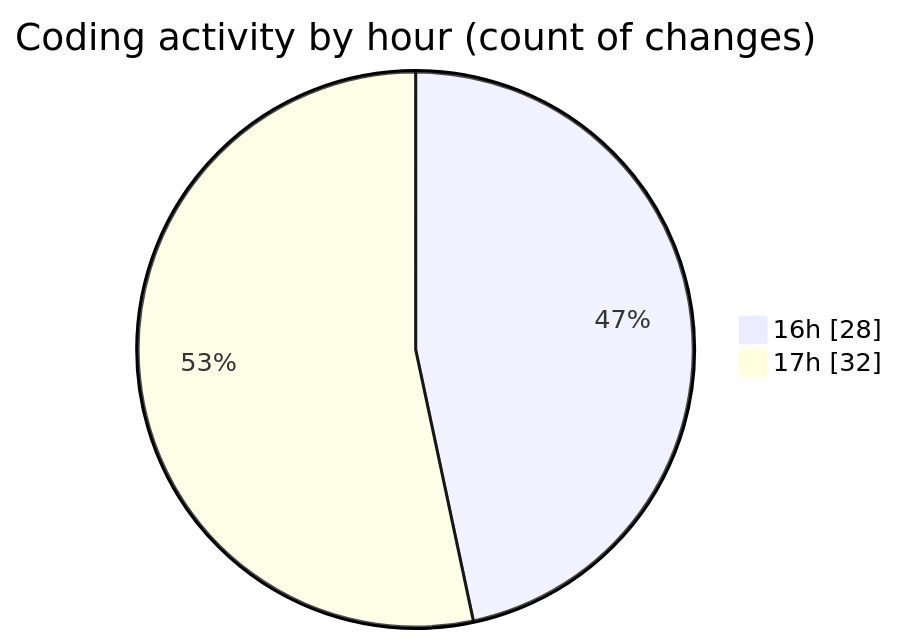
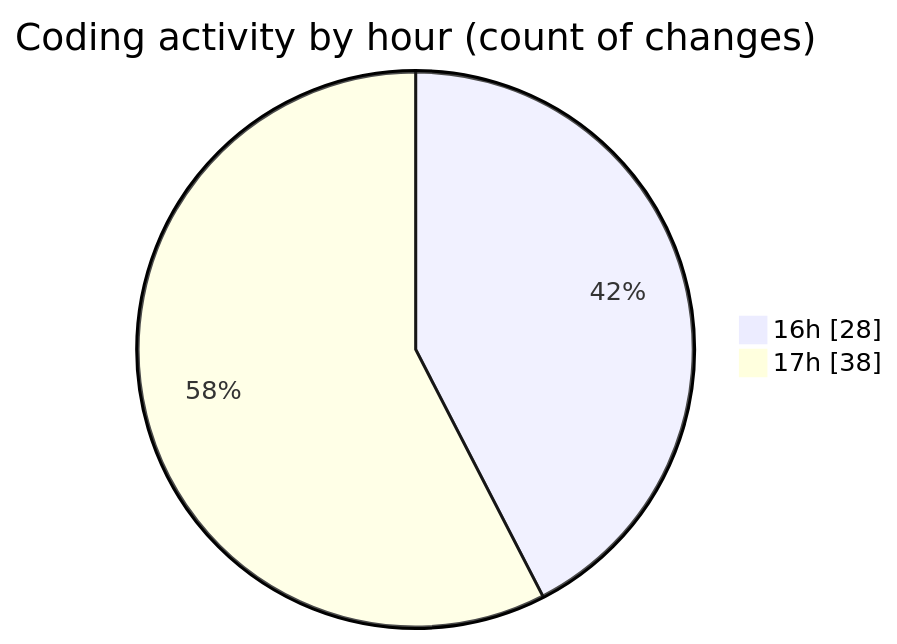
One commit to donsfak/code-tracking changed the second of 2 diagrams in 2025-01-15/trackers_app/README.md. Above: the diagram before and after it, drawn with Mermaid. The commit also changed other lines of this file and 1 other file, not shown here.

````diff
--- a/2025-01-15/trackers_app/README.md
+++ b/2025-01-15/trackers_app/README.md
@@ -38,6 +38,6 @@
 ```mermaid
 pie showData
 title Coding activity by hour (count of changes)
 "16h" : 28
-"17h" : 32
+"17h" : 38
 ```
````
